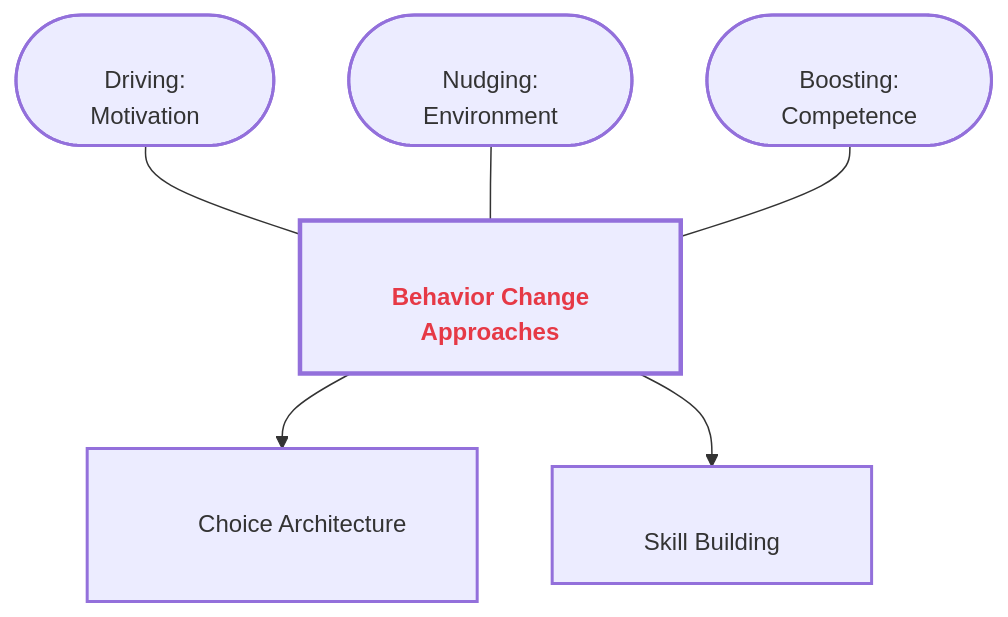
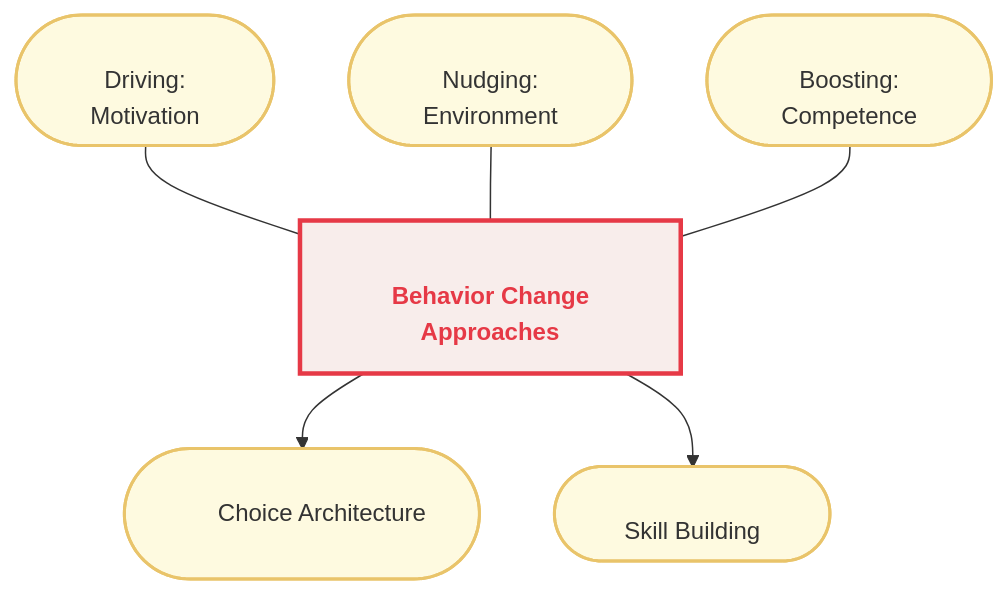
The second of 3 diagrams in Communication_Influence/Mastery_Guide_SOW_BS033.md (GM024/CourseSummaries), drawn with Mermaid before and after one commit. The commit also changed other lines of this file, not shown here.

Commit message:
Update Mastery Guide: Add color-coded diagrams, click-down glossaries, and expand weeks 4-6

````diff
--- a/Communication_Influence/Mastery_Guide_SOW_BS033.md
+++ b/Communication_Influence/Mastery_Guide_SOW_BS033.md
@@ -125,15 +132,15 @@
 ```mermaid
 %%{init: { 'flowchart': { 'padding': 30, 'useMaxWidth': false, 'htmlLabels': true }, 'theme': 'neutral', 'themeVariables': { 'fontSize': '12px', 'fontFamily': '-apple-system,BlinkMacSystemFont,"Segoe UI",Helvetica,Arial,sans-serif' }}}%%
 graph TD
-    classDef sandbox stroke-width:2px;
-    classDef hub stroke-width:3px,font-weight:bold;
+    classDef hub fill:#f8edeb,stroke:#e63946,stroke-width:3px,font-weight:bold;
+    classDef week3 fill:#fefae0,stroke:#e9c46a,stroke-width:2px;
 
     Hub["<br/>&nbsp;&nbsp;&nbsp;&nbsp;&nbsp;&nbsp; <span style='color:#e63946'><b>Behavior Change</b></span> &nbsp;&nbsp;&nbsp;&nbsp;&nbsp;&nbsp;<br/>&nbsp;&nbsp;&nbsp;&nbsp;&nbsp;&nbsp; <span style='color:#e63946'><b>Approaches</b></span> &nbsp;&nbsp;&nbsp;&nbsp;&nbsp;&nbsp;<br/>"]:::hub
     
-    S1(["<br/>&nbsp;&nbsp;&nbsp;&nbsp;&nbsp;&nbsp; Driving: &nbsp;&nbsp;&nbsp;&nbsp;&nbsp;&nbsp;<br/>&nbsp;&nbsp;&nbsp;&nbsp;&nbsp;&nbsp; Motivation &nbsp;&nbsp;&nbsp;&nbsp;&nbsp;&nbsp;<br/>"]):::sandbox --- Hub
-    S2(["<br/>&nbsp;&nbsp;&nbsp;&nbsp;&nbsp;&nbsp; Nudging: &nbsp;&nbsp;&nbsp;&nbsp;&nbsp;&nbsp;<br/>&nbsp;&nbsp;&nbsp;&nbsp;&nbsp;&nbsp; Environment &nbsp;&nbsp;&nbsp;&nbsp;&nbsp;&nbsp;<br/>"]):::sandbox --- Hub
-    S3(["<br/>&nbsp;&nbsp;&nbsp;&nbsp;&nbsp;&nbsp; Boosting: &nbsp;&nbsp;&nbsp;&nbsp;&nbsp;&nbsp;<br/>&nbsp;&nbsp;&nbsp;&nbsp;&nbsp;&nbsp; Competence &nbsp;&nbsp;&nbsp;&nbsp;&nbsp;&nbsp;<br/>"]):::sandbox --- Hub
+    S1(["<br/>&nbsp;&nbsp;&nbsp;&nbsp;&nbsp;&nbsp; Driving: &nbsp;&nbsp;&nbsp;&nbsp;&nbsp;&nbsp;<br/>&nbsp;&nbsp;&nbsp;&nbsp;&nbsp;&nbsp; Motivation &nbsp;&nbsp;&nbsp;&nbsp;&nbsp;&nbsp;<br/>"]):::week3 --- Hub
+    S2(["<br/>&nbsp;&nbsp;&nbsp;&nbsp;&nbsp;&nbsp; Nudging: &nbsp;&nbsp;&nbsp;&nbsp;&nbsp;&nbsp;<br/>&nbsp;&nbsp;&nbsp;&nbsp;&nbsp;&nbsp; Environment &nbsp;&nbsp;&nbsp;&nbsp;&nbsp;&nbsp;<br/>"]):::week3 --- Hub
+    S3(["<br/>&nbsp;&nbsp;&nbsp;&nbsp;&nbsp;&nbsp; Boosting: &nbsp;&nbsp;&nbsp;&nbsp;&nbsp;&nbsp;<br/>&nbsp;&nbsp;&nbsp;&nbsp;&nbsp;&nbsp; Competence &nbsp;&nbsp;&nbsp;&nbsp;&nbsp;&nbsp;<br/>"]):::week3 --- Hub
     
-    Hub --> B1["<br/>&nbsp;&nbsp;&nbsp;&nbsp;&nbsp;&nbsp; Choice Architecture &nbsp;&nbsp;&nbsp;&nbsp;&nbsp;&nbsp;<br/>"]:::sandbox
-    Hub --> B2["<br/>&nbsp;&nbsp;&nbsp;&nbsp;&nbsp;&nbsp; Skill Building &nbsp;&nbsp;&nbsp;&nbsp;&nbsp;&nbsp;<br/>"]:::sandbox
+    Hub --> B1(["<br/>&nbsp;&nbsp;&nbsp;&nbsp;&nbsp;&nbsp; Choice Architecture &nbsp;&nbsp;&nbsp;&nbsp;&nbsp;&nbsp;<br/>"]):::week3
+    Hub --> B2(["<br/>&nbsp;&nbsp;&nbsp;&nbsp;&nbsp;&nbsp; Skill Building &nbsp;&nbsp;&nbsp;&nbsp;&nbsp;&nbsp;<br/>"]):::week3
 ```
````
